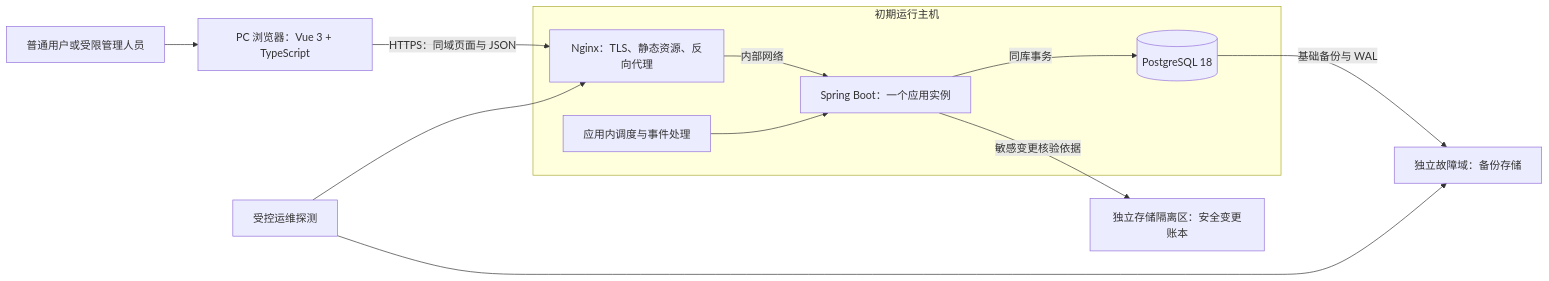
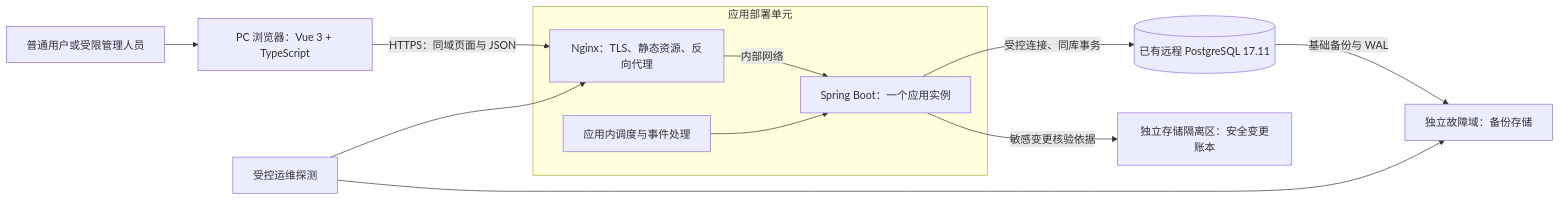
Before and after one commit to LingXI5499/asterway: the first of 4 diagrams in docs/依据/V1系统架构设计.md, drawn with Mermaid. The commit also changed other lines of this file and 14 other files, not shown here.

Commit message:
docs: 统一技术版本与远程 PostgreSQL 部署基线

````diff
--- a/docs/依据/V1系统架构设计.md
+++ b/docs/依据/V1系统架构设计.md
@@ -41,14 +41,14 @@
 ```mermaid
 flowchart LR
   User[普通用户或受限管理人员] --> Browser[PC 浏览器：Vue 3 + TypeScript]
   Browser -->|HTTPS：同域页面与 JSON| Nginx[Nginx：TLS、静态资源、反向代理]
-  subgraph Host[初期运行主机]
+  subgraph Host[应用部署单元]
     Nginx -->|内部网络| App[Spring Boot：一个应用实例]
-    App -->|同库事务| DB[(PostgreSQL 18)]
     Jobs[应用内调度与事件处理] --> App
   end
+  App -->|受控连接、同库事务| DB[(已有远程 PostgreSQL 17.11)]
   DB -->|基础备份与 WAL| Backup[独立故障域：备份存储]
   App -->|敏感变更核验依据| Ledger[独立存储隔离区：安全变更账本]
   Monitor[受控运维探测] --> Nginx
   Monitor --> Backup
 ```
````
